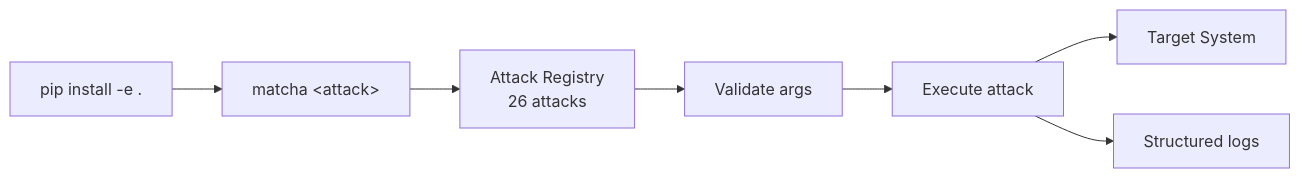
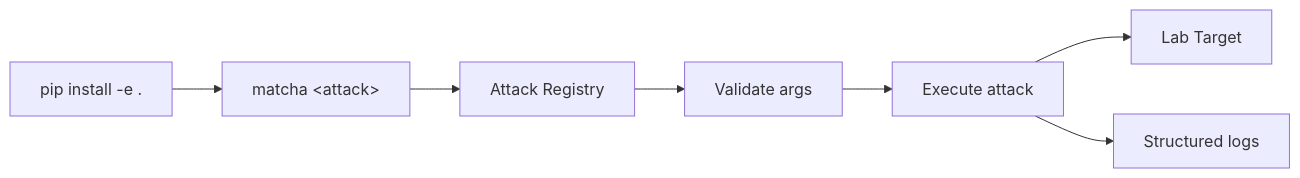
One commit to Montimage/mmt-attacker changed the diagram in README.md. Above: the diagram before and after it, drawn with Mermaid. The commit also changed other lines of this file and 1 other file, not shown here.

First line of the commit message:
docs: reframe README around educational purpose, remove fixed attack counts

````diff
--- a/README.md
+++ b/README.md
@@ -19,9 +19,9 @@
 ```mermaid
 graph LR
     Install["pip install -e ."] --> CLI["matcha &lt;attack&gt;"]
-    CLI --> Registry["Attack Registry<br/>26 attacks"]
+    CLI --> Registry["Attack Registry"]
     Registry --> Validate["Validate args"]
     Validate --> Execute["Execute attack"]
-    Execute --> Target["Target System"]
+    Execute --> Target["Lab Target"]
     Execute --> Log["Structured logs"]
 ```
````
